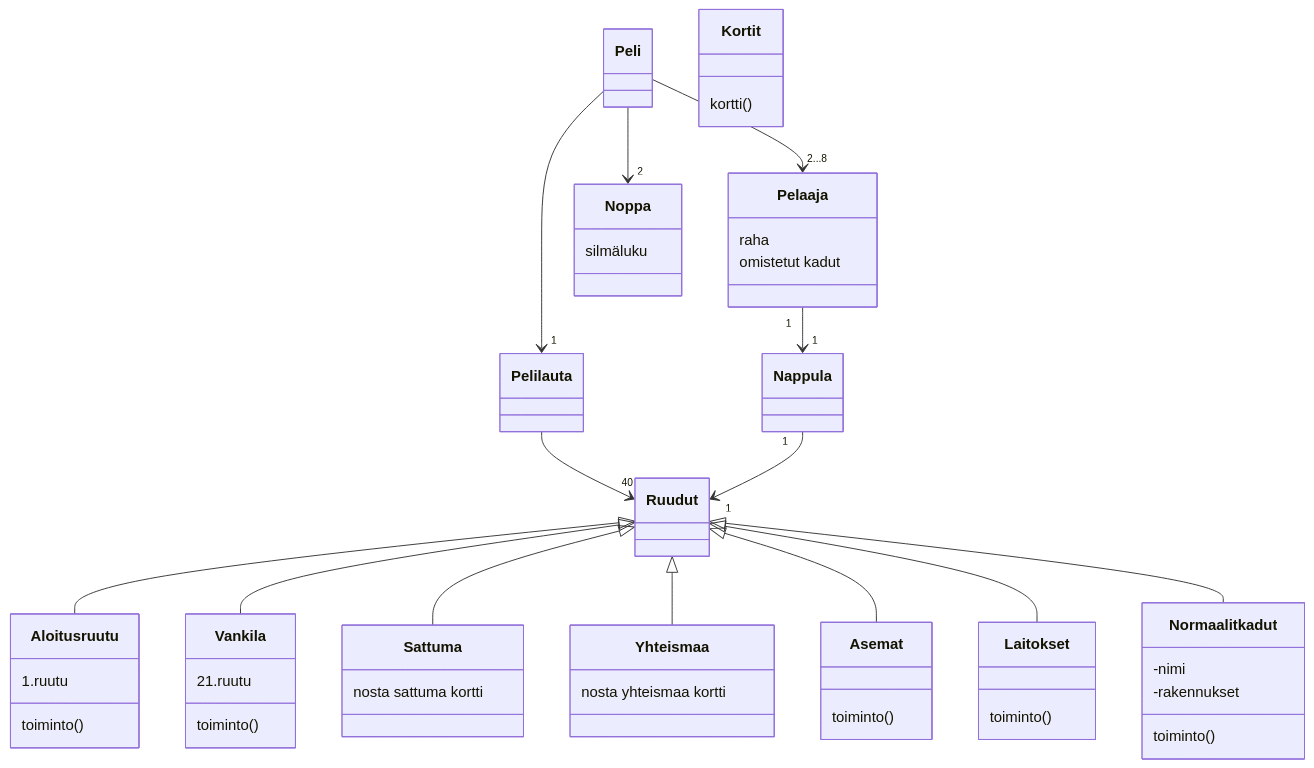
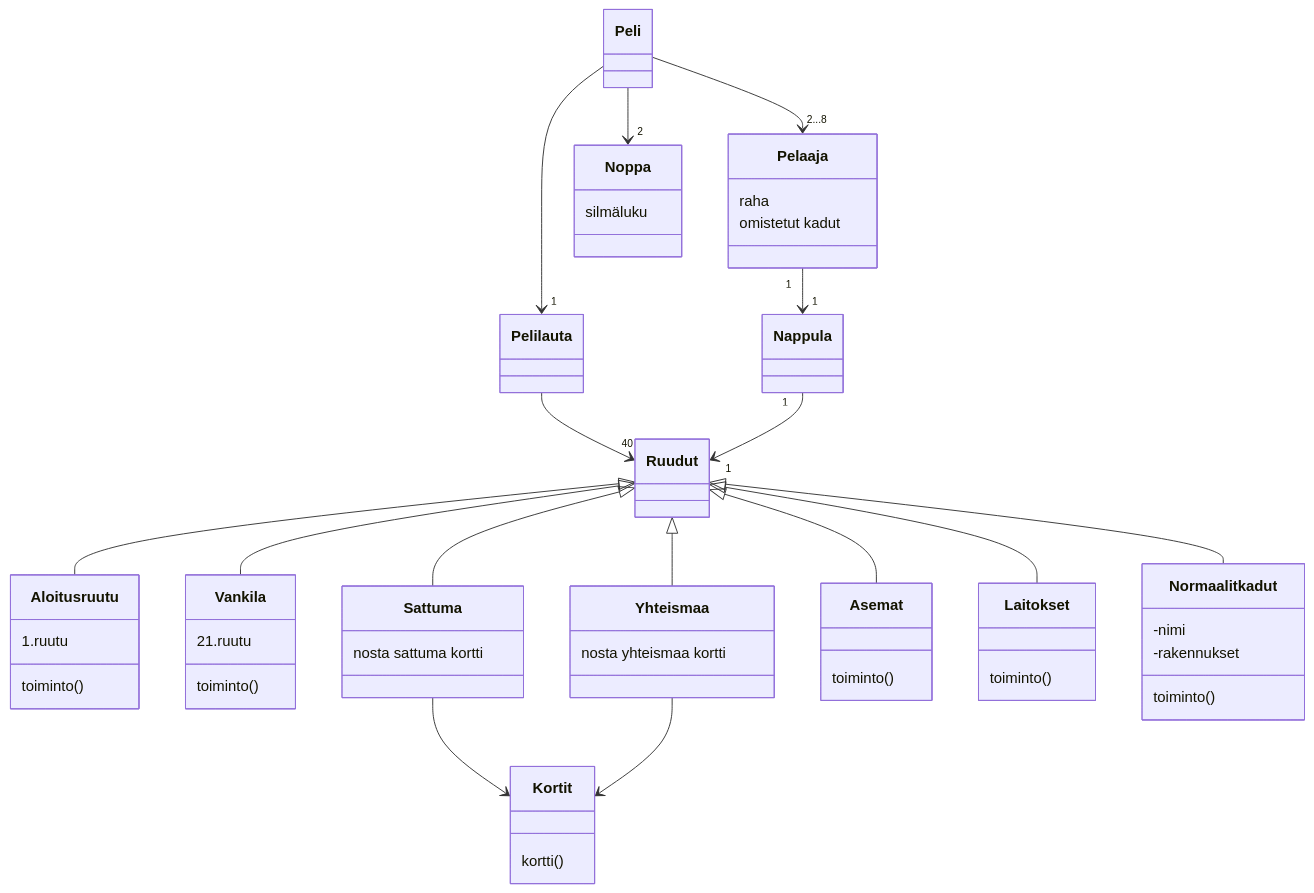
One commit to Aaltonenn/ot-harjoitustyo changed the diagram in laskarit/viikko3/monopoli2.md. Above: the diagram before and after it, drawn with Mermaid.

````diff
--- a/laskarit/viikko3/monopoli2.md
+++ b/laskarit/viikko3/monopoli2.md
@@ -3,64 +3,66 @@
 ```mermaid
  classDiagram
       Peli --> "2...8" Pelaaja
       Peli --> "1" Pelilauta
       Peli --> "2" Noppa
       Pelaaja "1" --> "1" Nappula
       Pelilauta --> "40" Ruudut
       Nappula "1" --> "1" Ruudut
       Ruudut <|-- Aloitusruutu
       Ruudut <|-- Vankila
       Ruudut <|-- Sattuma
       Ruudut <|-- Yhteismaa
       Ruudut <|-- Asemat
       Ruudut <|-- Laitokset
       Ruudut <|-- Normaalit kadut
+      Sattuma --> Kortit
+      Yhteismaa --> Kortit
 
 
 
       class Pelaaja{
       raha
       omistetut kadut
       }
       class Pelilauta{
       }
       class Peli{
       }
       class Noppa{
       silmäluku
       }
       class Nappula{
       }
       class Ruudut{
       }
       class Aloitusruutu{
       1.ruutu
       toiminto()
       }
       class Vankila{
       21.ruutu
       toiminto()
       }
       class Sattuma{
       nosta sattuma kortti
       }
       class Yhteismaa{
       nosta yhteismaa kortti
       }
       class Asemat{
       toiminto()
       }
       class Laitokset{
       toiminto()
       }
       class Normaalit kadut{
       -nimi
       toiminto()
       -rakennukset
       }
       class Kortit{
       kortti()
       }
 
 
 ```
````
